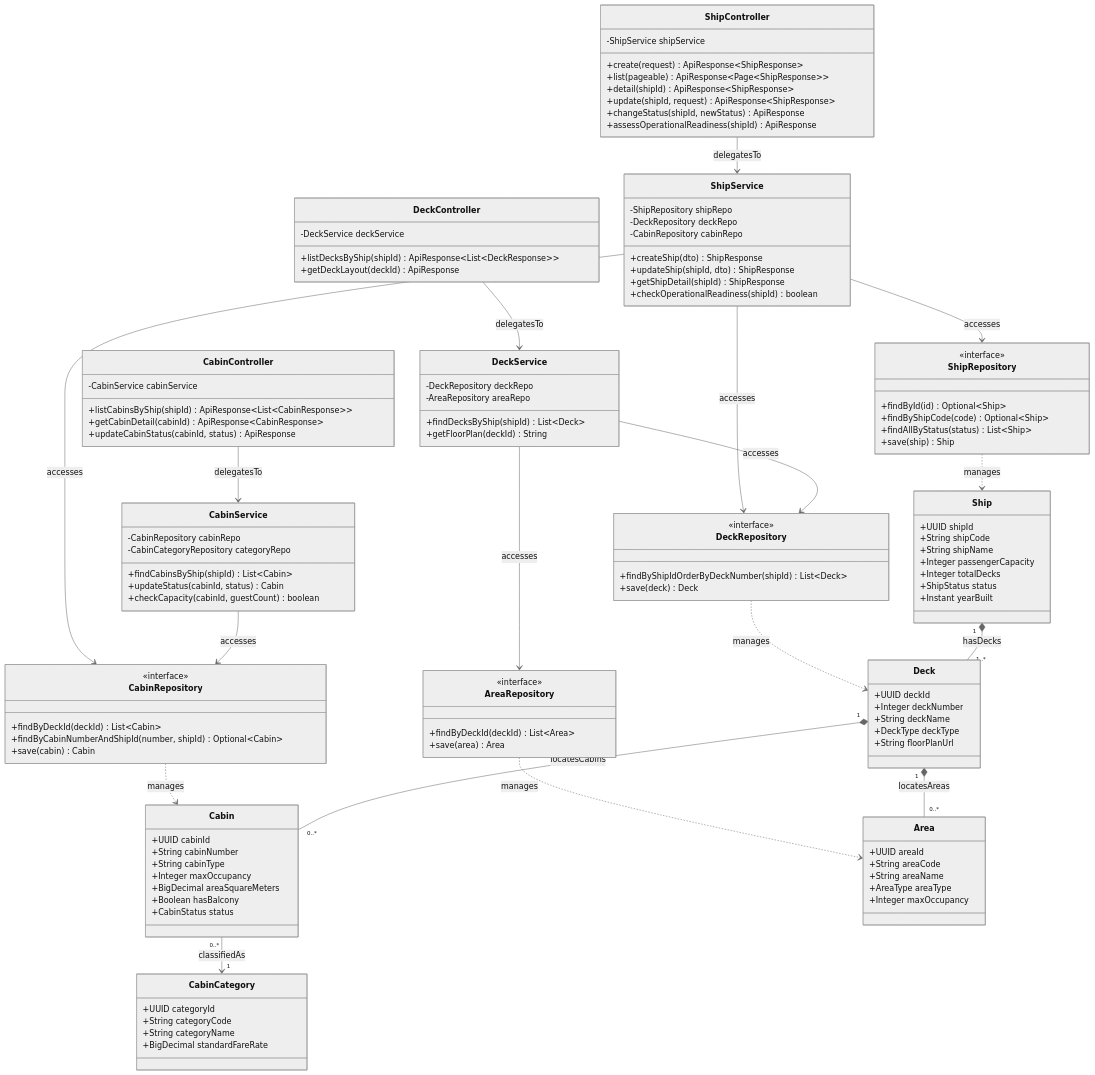
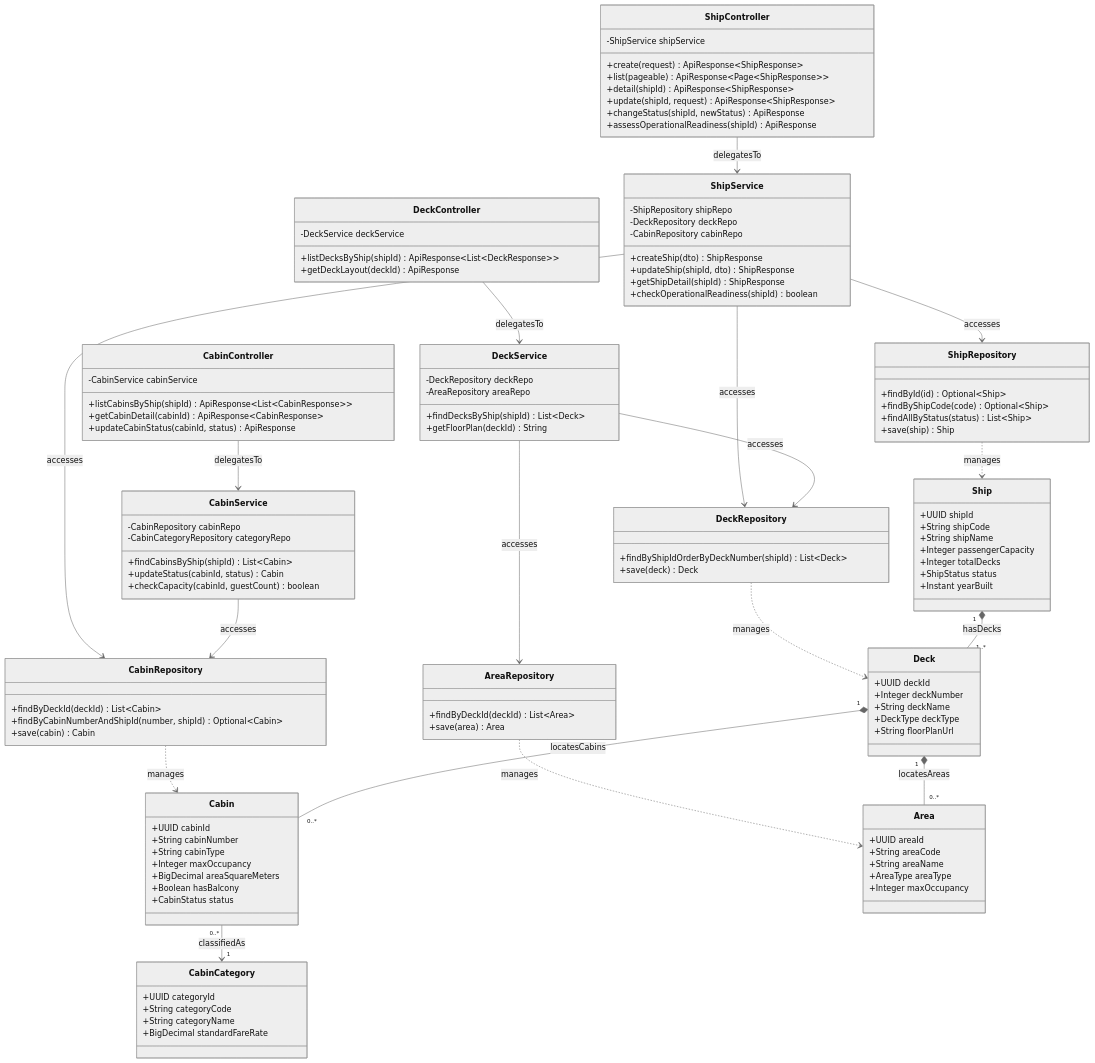
Before and after one commit to ShiroSs00/CASMS_Backend: the diagram in docs/class-diagrams/02-ship-infrastructure.md, drawn with Mermaid (neutral theme). The commit also changed other lines of this file and 8 other files, not shown here.

```diff
--- a/docs/class-diagrams/02-ship-infrastructure.md
+++ b/docs/class-diagrams/02-ship-infrastructure.md
@@ -60,7 +60,6 @@
 
     %% 3. Repository Layer
     class ShipRepository {
-        <<interface>>
         +findById(id) Optional~Ship~
         +findByShipCode(code) Optional~Ship~
         +findAllByStatus(status) List~Ship~
@@ -68,20 +67,17 @@
     }
 
     class CabinRepository {
-        <<interface>>
         +findByDeckId(deckId) List~Cabin~
         +findByCabinNumberAndShipId(number, shipId) Optional~Cabin~
         +save(cabin) Cabin
     }
 
     class DeckRepository {
-        <<interface>>
         +findByShipIdOrderByDeckNumber(shipId) List~Deck~
         +save(deck) Deck
     }
 
     class AreaRepository {
-        <<interface>>
         +findByDeckId(deckId) List~Area~
         +save(area) Area
     }
```
